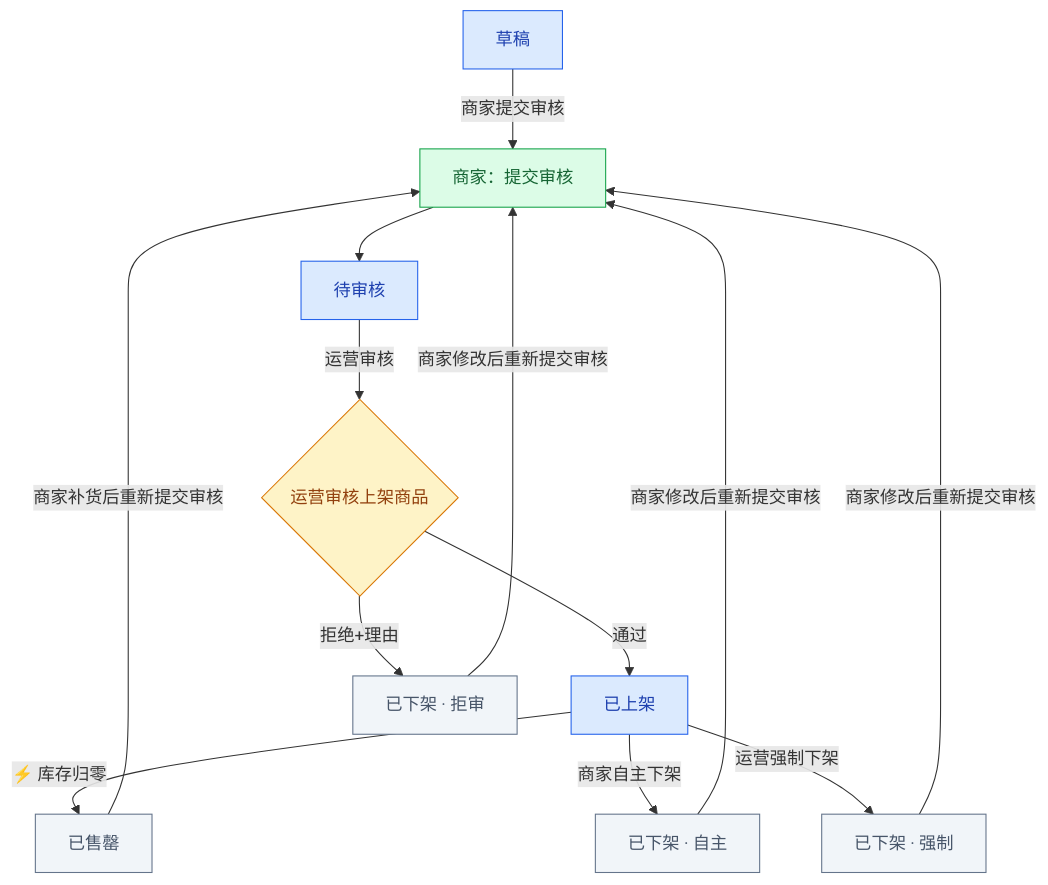
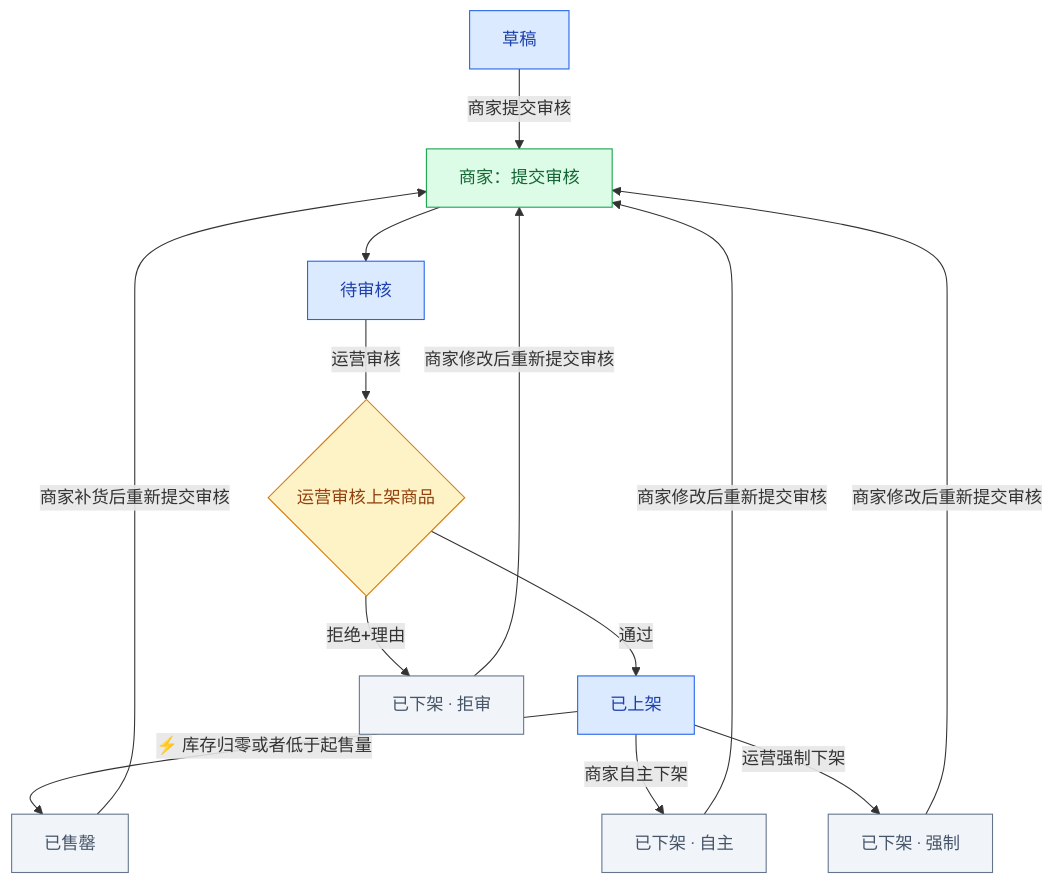
The second of 8 diagrams in Summary/字段表整理文档_完整版.md (barry0-0/sahngliu), drawn with Mermaid before and after one commit. The commit also changed other lines of this file and 10 other files, not shown here.

````diff
--- a/Summary/字段表整理文档_完整版.md
+++ b/Summary/字段表整理文档_完整版.md
@@ -153,18 +153,33 @@
 ```mermaid
-graph TB
-    A[草稿]:::state
-    A -->|商家提交审核| A1[商家：提交审核]:::btn
-    A1 --> B[待审核]:::state
-    B -->|运营审核| C{运营审核上架商品}:::judge
-    C -->|通过| D[已上架]:::state
-    C -->|拒绝+理由| E[已下架 · 拒审]:::endState
-    D -->|⚡ 库存归零| F[已售罄]:::endState
-    D -->|商家自主下架| G[已下架 · 自主]:::endState
-    D -->|运营强制下架| H[已下架 · 强制]:::endState
-    E & G & H -->|商家修改后重新提交审核| A1
-    F -->|商家补货后重新提交审核| A1
+flowchart TB
+    A["草稿"]
+    A1["商家：提交审核"]
+    B["待审核"]
+    C{"运营审核上架商品"}
+    D["已上架"]
+    E["已下架 · 拒审"]
+    F["已售罄"]
+    G["已下架 · 自主"]
+    H["已下架 · 强制"]
+    A -->|"商家提交审核"| A1
+    A1 --> B
+    B -->|"运营审核"| C
+    C -->|"通过"| D
+    C -->|"拒绝+理由"| E
+    D -->|"⚡ 库存归零或者低于起售量"| F
+    D -->|"商家自主下架"| G
+    D -->|"运营强制下架"| H
+    E -->|"商家修改后重新提交审核"| A1
+    G -->|"商家修改后重新提交审核"| A1
+    H -->|"商家修改后重新提交审核"| A1
+    F -->|"商家补货后重新提交审核"| A1
     classDef state fill:#dbeafe,stroke:#2563eb,color:#1e40af
     classDef btn fill:#dcfce7,stroke:#16a34a,color:#166534
     classDef judge fill:#fef3c7,stroke:#d97706,color:#92400e
     classDef endState fill:#f1f5f9,stroke:#64748b,color:#475569
+    class A,B,D state
+    class A1 btn
+    class C judge
+    class E,F,G,H endState
+    %% mermaid-flow:pos A=288,82 A1=288,176 B=417,270 C=417,378 D=417,486 E=189,486 F=100,580 G=353,580 H=571,580
 ```
````
